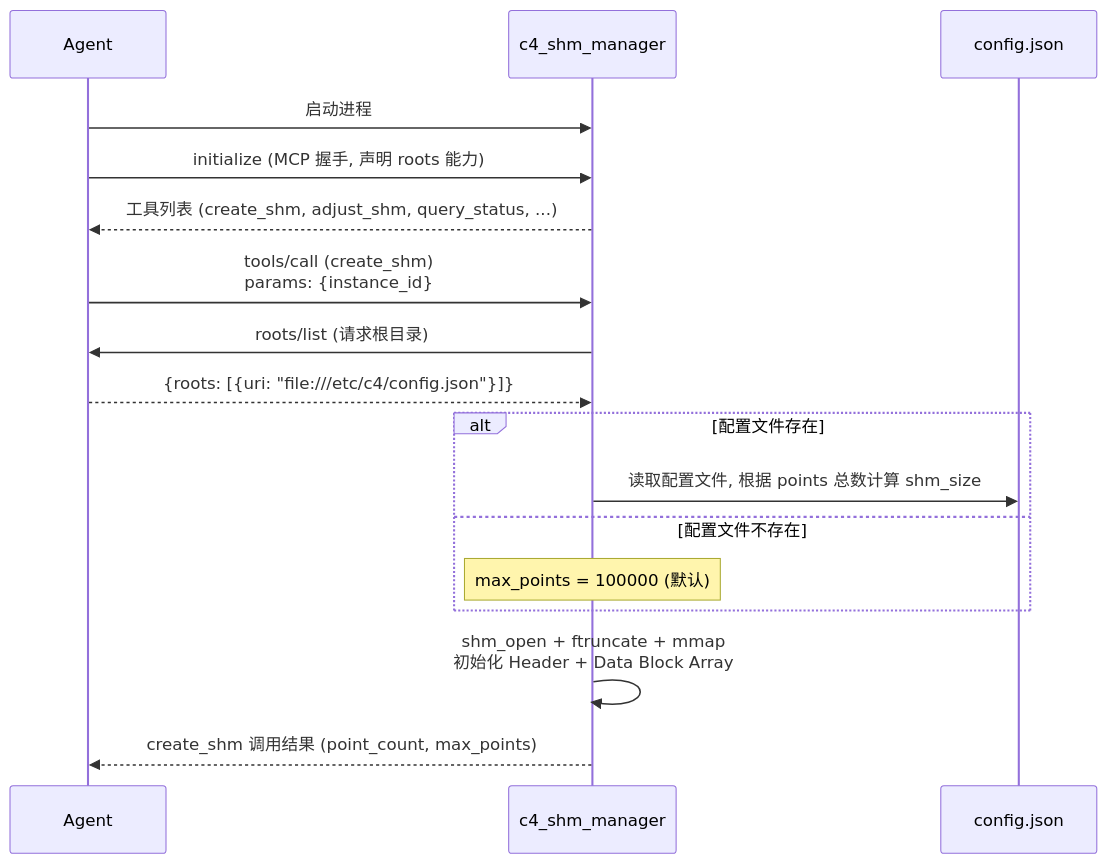
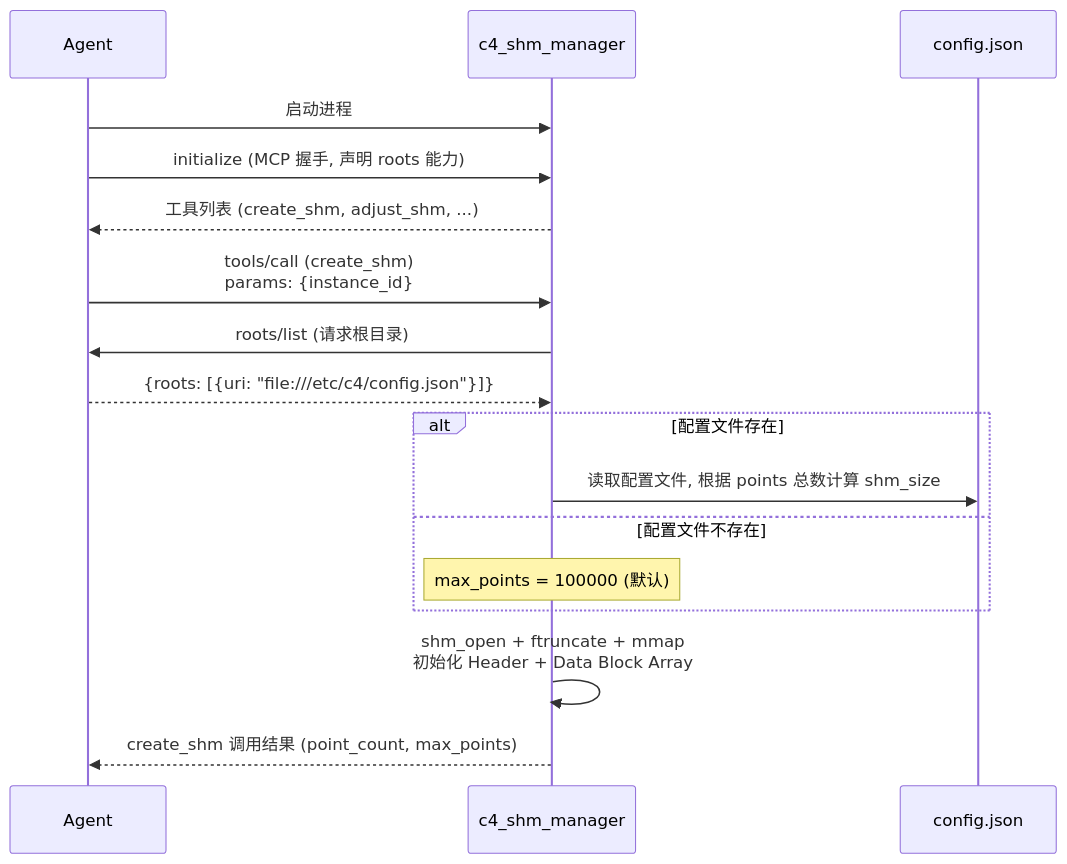
The third of 9 diagrams in docs/design/c4_shm_manager.md (activesys/c4), drawn with Mermaid before and after one commit. The commit also changed other lines of this file and 1 other file, not shown here.

First line of the commit message:
docs: remove query_status from design documents (v0.3.1)

````diff
--- a/docs/design/c4_shm_manager.md
+++ b/docs/design/c4_shm_manager.md
@@ -470,22 +470,22 @@
 ```mermaid
 sequenceDiagram
     participant A as Agent
     participant S as c4_shm_manager
     participant FS as config.json
 
     A->>S: 启动进程
     A->>S: initialize (MCP 握手, 声明 roots 能力)
-    S-->>A: 工具列表 (create_shm, adjust_shm, query_status, ...)
+    S-->>A: 工具列表 (create_shm, adjust_shm, ...)
 
     A->>S: tools/call (create_shm)<br/>params: {instance_id}
     S->>A: roots/list (请求根目录)
     A-->>S: {roots: [{uri: "file:///etc/c4/config.json"}]}
 
     alt 配置文件存在
         S->>FS: 读取配置文件, 根据 points 总数计算 shm_size
     else 配置文件不存在
         Note over S: max_points = 100000 (默认)
     end
     S->>S: shm_open + ftruncate + mmap<br/>初始化 Header + Data Block Array
     S-->>A: create_shm 调用结果 (point_count, max_points)
 ```
````
